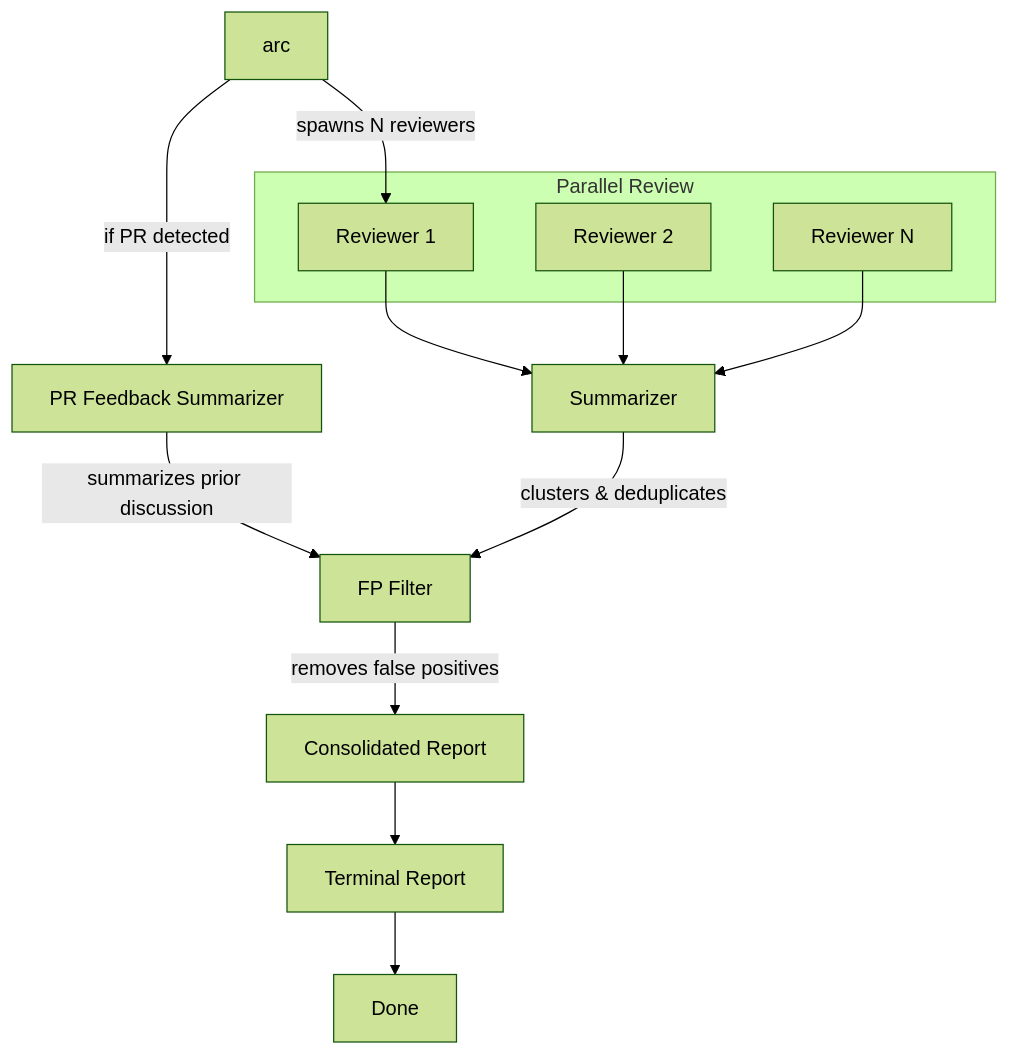
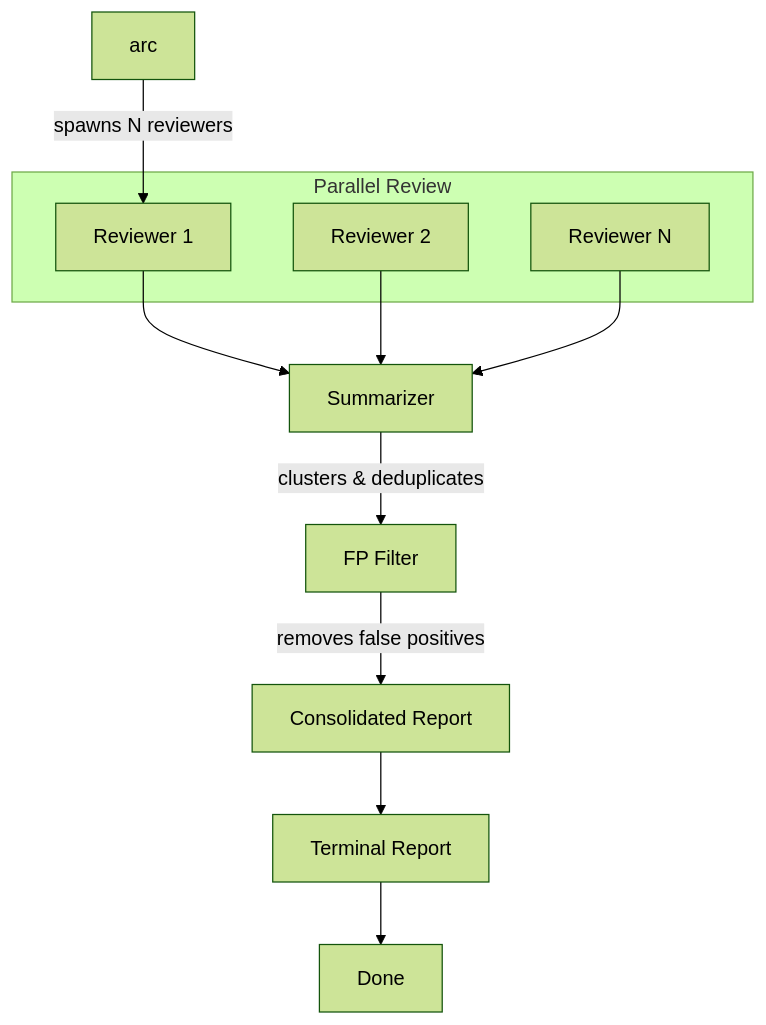
One commit to masa6161/arc-cli changed the diagram in README.md. Above: the diagram before and after it, drawn with Mermaid (forest theme). The commit also changed other lines of this file and 5 other files, not shown here.

````diff
--- a/README.md
+++ b/README.md
@@ -49,16 +49,14 @@
 ```mermaid
 graph TD
     A[arc] -->|spawns N reviewers| B
     subgraph Parallel Review
         B[Reviewer 1]
         C[Reviewer 2]
         D[Reviewer N]
     end
-    A -->|if PR detected| P[PR Feedback Summarizer]
-    P -->|summarizes prior discussion| F
     B & C & D --> E[Summarizer]
     E -->|clusters & deduplicates| F[FP Filter]
     F -->|removes false positives| G[Consolidated Report]
     G --> H[Terminal Report]
     H --> I[Done]
 ```
````
